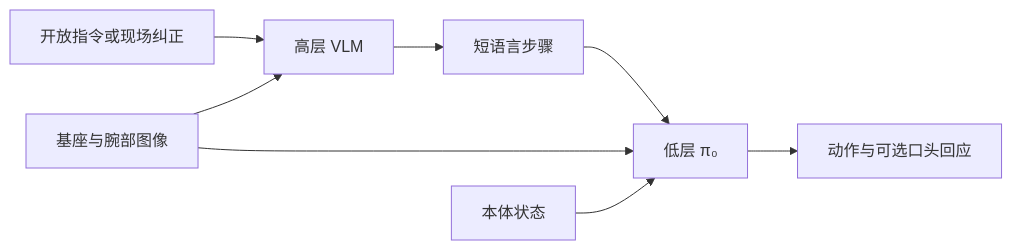
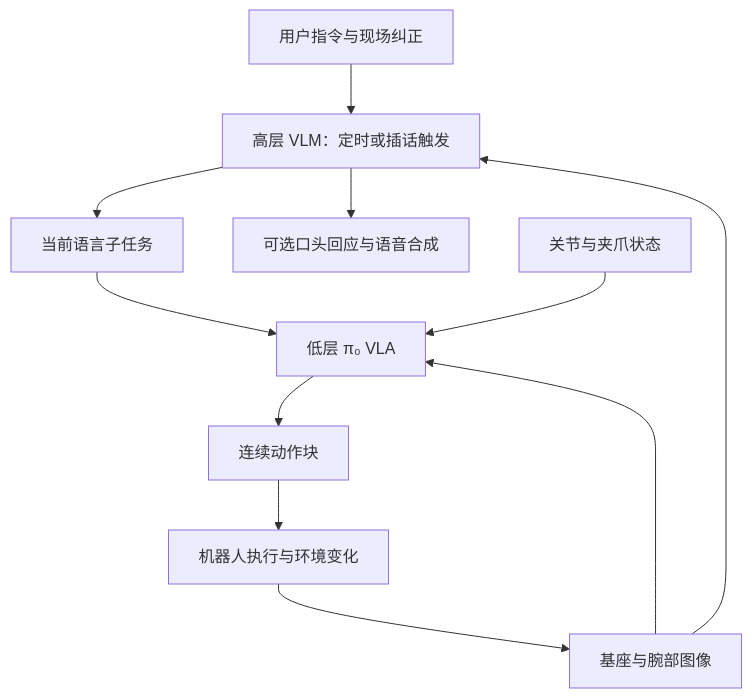
The diagram in wiki/entities/paper-hi-robot.md (ImChong/Robotics_Notebooks), drawn with Mermaid before and after one commit. The commit also changed other lines of this file and 3 other files, not shown here.

````diff
--- a/wiki/entities/paper-hi-robot.md
+++ b/wiki/entities/paper-hi-robot.md
@@ -41,10 +50,13 @@
 ```mermaid
-flowchart LR
-  user[开放指令或现场纠正] --> hi[高层 VLM]
-  cam[基座与腕部图像] --> hi
-  hi --> step[短语言步骤]
-  step --> pi0[低层 π₀]
+flowchart TD
+  user["用户指令与现场纠正"] --> hi["高层 VLM：定时或插话触发"]
+  cam["基座与腕部图像"] --> hi
+  hi --> step["当前语言子任务"]
+  hi --> speech["可选口头回应与语音合成"]
+  step --> pi0["低层 π₀ VLA"]
   cam --> pi0
-  state[本体状态] --> pi0
-  pi0 --> act[动作与可选口头回应]
+  state["关节与夹爪状态"] --> pi0
+  pi0 --> act["连续动作块"]
+  act --> env["机器人执行与环境变化"]
+  env --> cam
 ```
````
